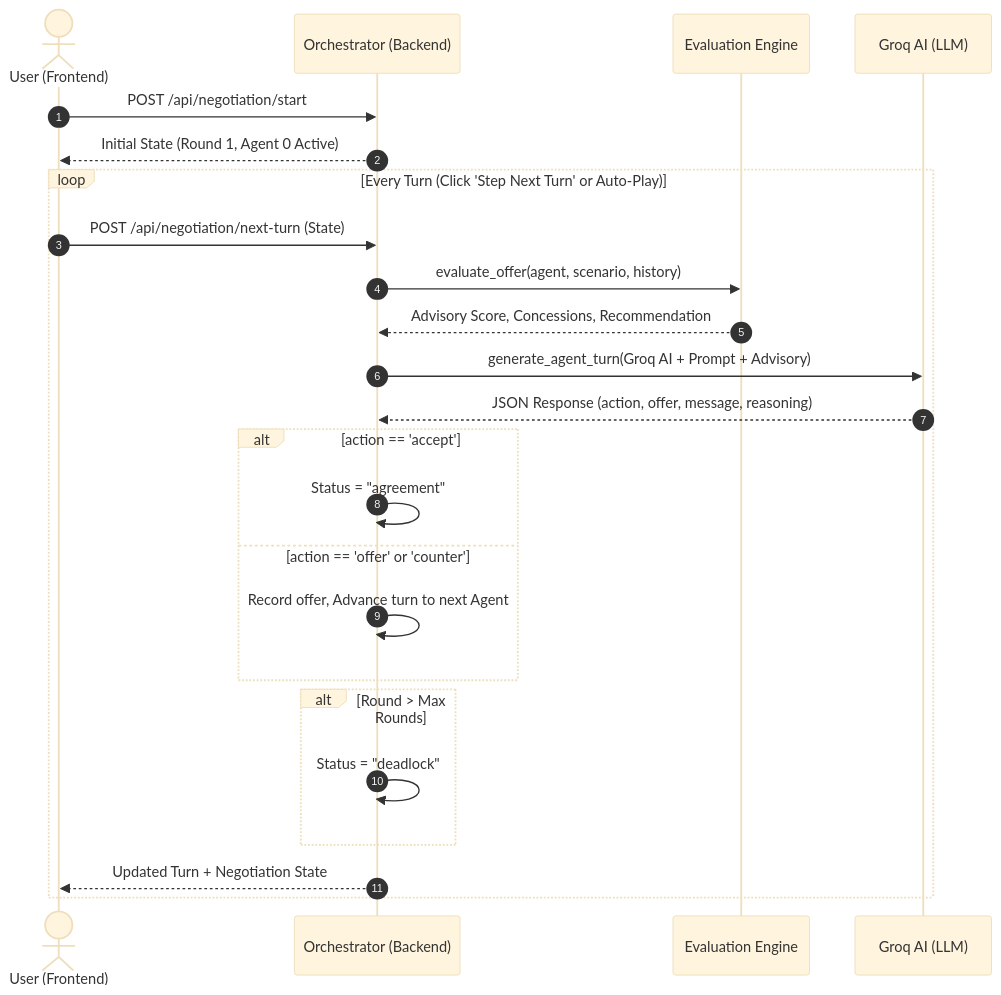
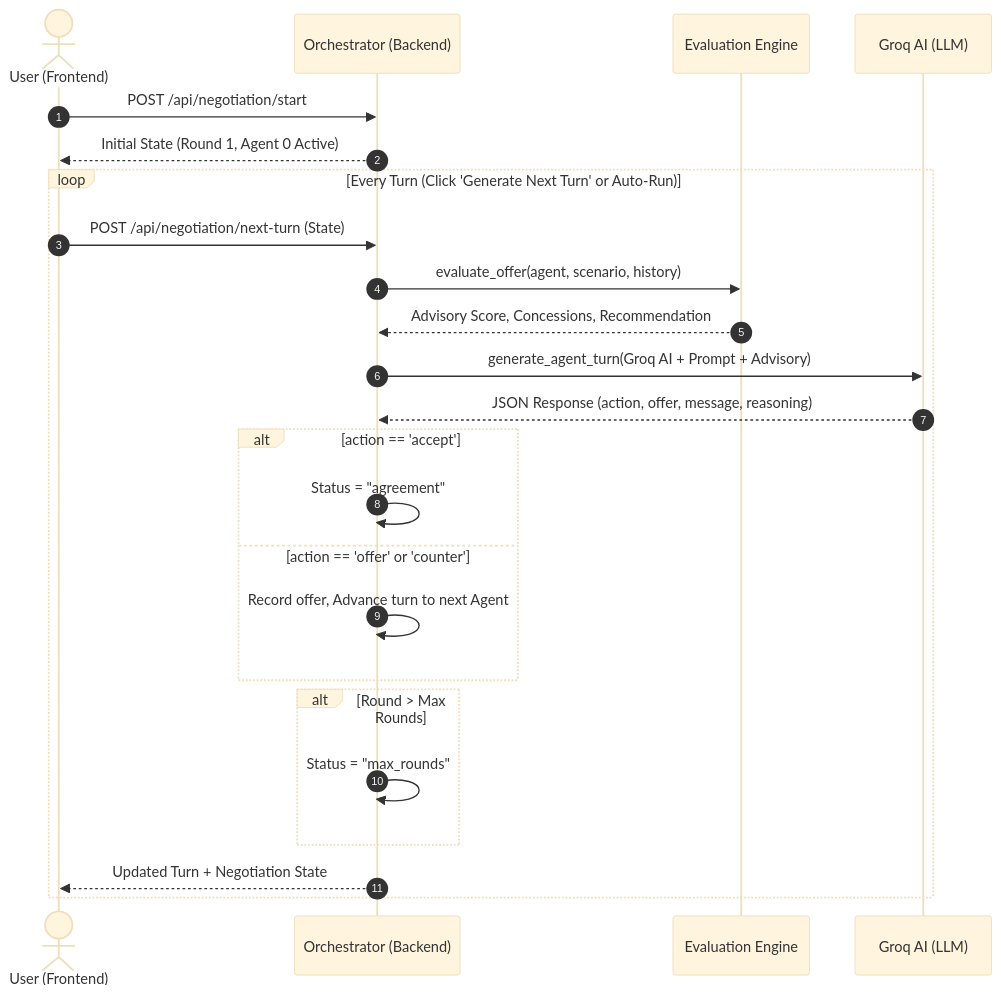
One commit to Bolagani-Baby-Prasanna/MultiAgent_Negotiation_Simulator changed the diagram in PROJECT_DOCUMENTATION.md. Above: the diagram before and after it, drawn with Mermaid (base theme). The commit also changed other lines of this file, not shown here.

````diff
--- a/PROJECT_DOCUMENTATION.md
+++ b/PROJECT_DOCUMENTATION.md
@@ -194,31 +194,31 @@
 ```mermaid
 sequenceDiagram
     autonumber
     actor User as User (Frontend)
     participant Orchestrator as Orchestrator (Backend)
     participant Evaluator as Evaluation Engine
     participant LLM as Groq AI (LLM)
 
     User->>Orchestrator: POST /api/negotiation/start
     Orchestrator-->>User: Initial State (Round 1, Agent 0 Active)
 
-    loop Every Turn (Click 'Step Next Turn' or Auto-Play)
+    loop Every Turn (Click 'Generate Next Turn' or Auto-Run)
         User->>Orchestrator: POST /api/negotiation/next-turn (State)
         Orchestrator->>Evaluator: evaluate_offer(agent, scenario, history)
         Evaluator-->>Orchestrator: Advisory Score, Concessions, Recommendation
         Orchestrator->>LLM: generate_agent_turn(Groq AI + Prompt + Advisory)
         LLM-->>Orchestrator: JSON Response (action, offer, message, reasoning)
         
         alt action == 'accept'
             Orchestrator->>Orchestrator: Status = "agreement"
         else action == 'offer' or 'counter'
             Orchestrator->>Orchestrator: Record offer, Advance turn to next Agent
         end
         
         alt Round > Max Rounds
-            Orchestrator->>Orchestrator: Status = "deadlock"
+            Orchestrator->>Orchestrator: Status = "max_rounds"
         end
 
         Orchestrator-->>User: Updated Turn + Negotiation State
     end
 ```
````
